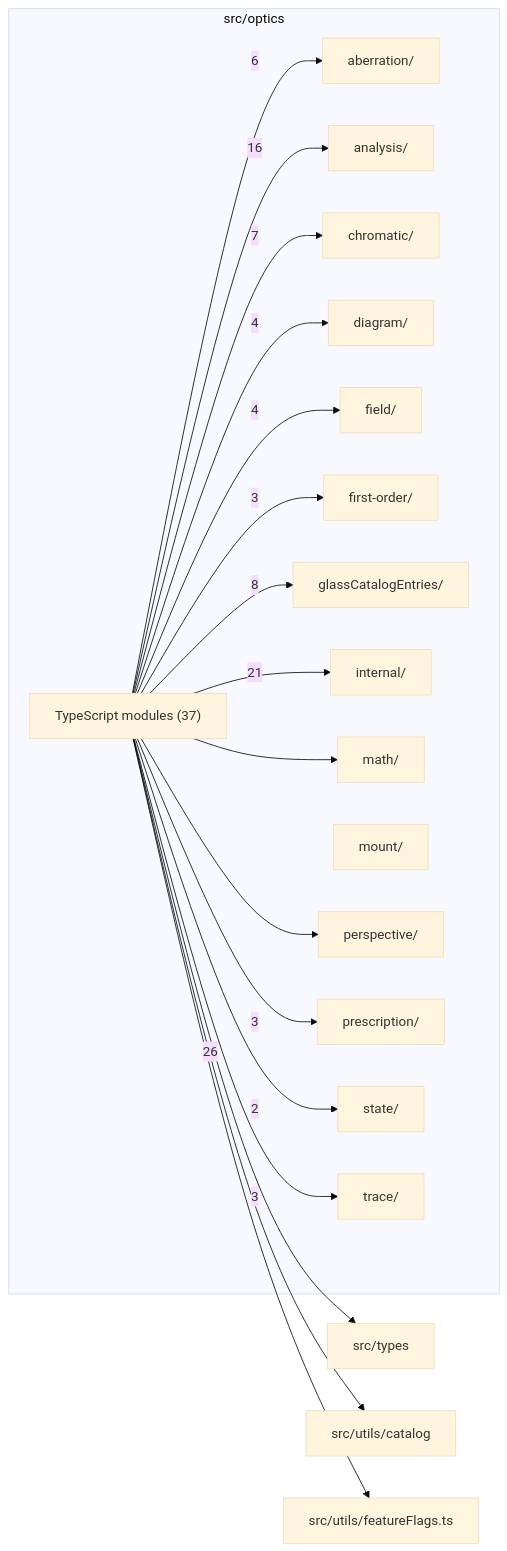
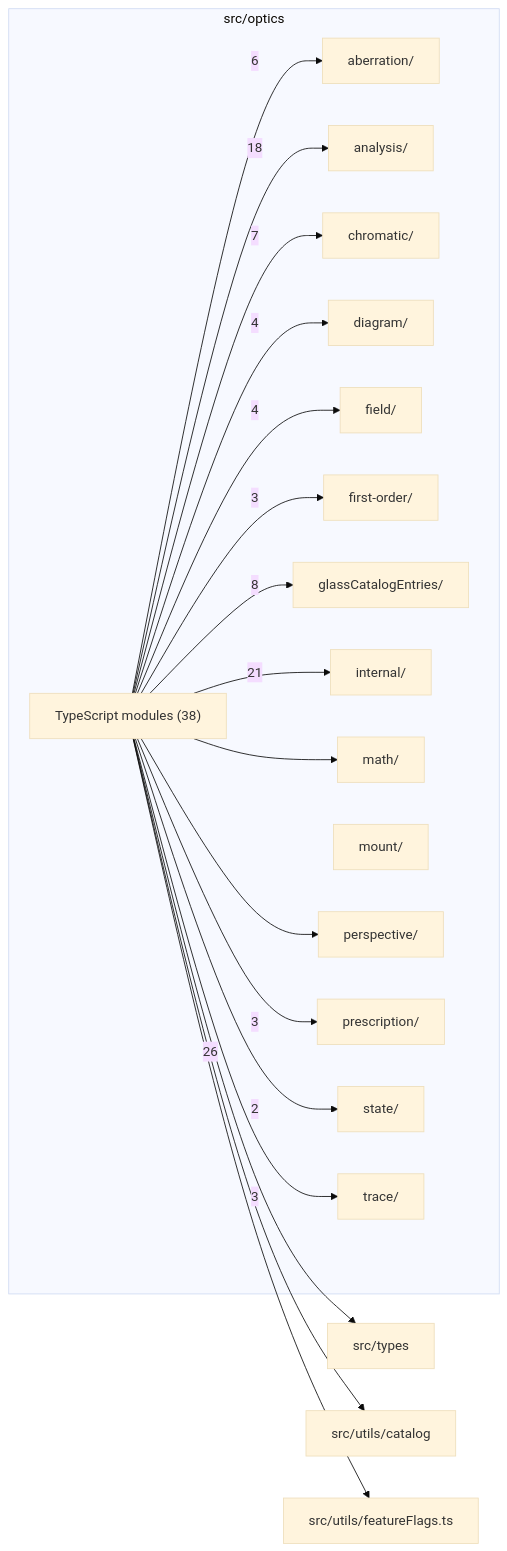
The diagram in src/optics/readme.md (ronbuening/LensVisualizer), drawn with Mermaid (base theme) before and after one commit. The commit also changed other lines of this file and 262 other files, not shown here.

Commit message:
Add simulated MTF with manufacturer-style charts, accuracy review and image-plane source audits (#736)

````diff
--- a/src/optics/readme.md
+++ b/src/optics/readme.md
@@ -9,39 +9,39 @@
 ```mermaid
 flowchart LR
   subgraph n_src_optics["src/optics"]
     n_src_optics_src_optics_aberration["aberration/"]
     n_src_optics_src_optics_analysis["analysis/"]
     n_src_optics_src_optics_chromatic["chromatic/"]
     n_src_optics_src_optics_diagram["diagram/"]
     n_src_optics_src_optics_field["field/"]
     n_src_optics_src_optics_first_order["first-order/"]
     n_src_optics_src_optics_glassCatalogEntries["glassCatalogEntries/"]
     n_src_optics_src_optics_internal["internal/"]
     n_src_optics_src_optics_math["math/"]
     n_src_optics_src_optics_mount["mount/"]
     n_src_optics_src_optics_perspective["perspective/"]
     n_src_optics_src_optics_prescription["prescription/"]
     n_src_optics_src_optics_state["state/"]
     n_src_optics_src_optics_trace["trace/"]
-    n_src_optics_TypeScript_modules["TypeScript modules (37)"]
+    n_src_optics_TypeScript_modules["TypeScript modules (38)"]
   end
   n_external_src_types["src/types"]
   n_external_src_utils_catalog["src/utils/catalog"]
   n_external_src_utils_featureFlags_ts["src/utils/featureFlags.ts"]
   n_src_optics_TypeScript_modules --> |26| n_external_src_types
   n_src_optics_TypeScript_modules --> |21| n_src_optics_src_optics_internal
-  n_src_optics_TypeScript_modules --> |16| n_src_optics_src_optics_analysis
+  n_src_optics_TypeScript_modules --> |18| n_src_optics_src_optics_analysis
   n_src_optics_TypeScript_modules --> |8| n_src_optics_src_optics_glassCatalogEntries
   n_src_optics_TypeScript_modules --> |7| n_src_optics_src_optics_chromatic
   n_src_optics_TypeScript_modules --> |6| n_src_optics_src_optics_aberration
   n_src_optics_TypeScript_modules --> |4| n_src_optics_src_optics_diagram
   n_src_optics_TypeScript_modules --> |4| n_src_optics_src_optics_field
   n_src_optics_TypeScript_modules --> |3| n_src_optics_src_optics_first_order
   n_src_optics_TypeScript_modules --> |3| n_src_optics_src_optics_prescription
   n_src_optics_TypeScript_modules --> |3| n_src_optics_src_optics_trace
   n_src_optics_TypeScript_modules --> |2| n_src_optics_src_optics_state
   n_src_optics_TypeScript_modules --> n_external_src_utils_catalog
   n_src_optics_TypeScript_modules --> n_external_src_utils_featureFlags_ts
   n_src_optics_TypeScript_modules --> n_src_optics_src_optics_math
   n_src_optics_TypeScript_modules --> n_src_optics_src_optics_perspective
 ```
````
